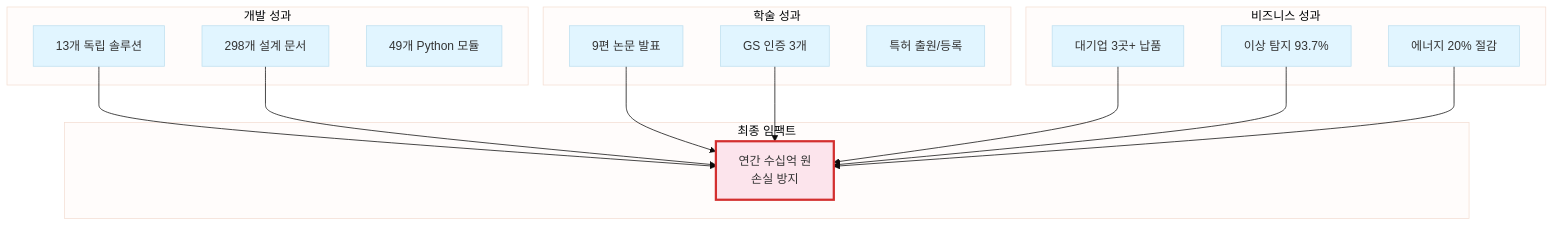
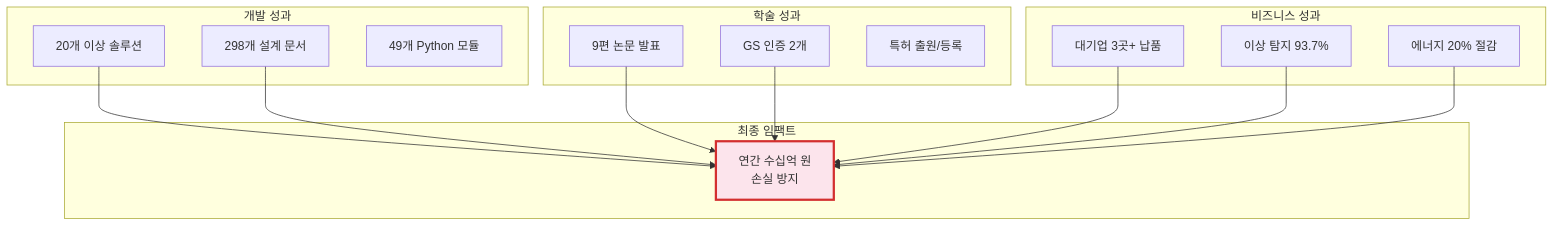
The first of 6 diagrams in portfolio/portfolio_docs/Executive_Summary/01_Key_Achievements.md (moobaek/Testing_AI_agents_for_public_use), drawn with Mermaid before and after one commit. The commit also changed other lines of this file and 16 other files, not shown here.

First line of the commit message:
포트폴리오 문서 업데이트: GS 인증 정보 수정, Mermaid 다이어그램 옵시디언 호환성 개선, 개인 프로필 추가

````diff
--- a/portfolio/portfolio_docs/Executive_Summary/01_Key_Achievements.md
+++ b/portfolio/portfolio_docs/Executive_Summary/01_Key_Achievements.md
@@ -10,35 +14,34 @@
 ```mermaid
-%%{init: {'theme':'base', 'themeVariables': { 'primaryColor':'#e1f5ff'}}}%%
 graph TB
     subgraph "개발 성과"
-        A1["13개 독립 솔루션"]
+        A1["20개 이상 솔루션"]
         A2["298개 설계 문서"]
         A3["49개 Python 모듈"]
     end
-    
+
     subgraph "학술 성과"
         B1["9편 논문 발표"]
-        B2["GS 인증 3개"]
+        B2["GS 인증 2개"]
         B3["특허 출원/등록"]
     end
     
     subgraph "비즈니스 성과"
         C1["대기업 3곳+ 납품"]
         C2["이상 탐지 93.7%"]
         C3["에너지 20% 절감"]
     end
     
     subgraph "최종 임팩트"
         D["연간 수십억 원<br/>손실 방지"]
     end
     
     A1 --> D
     A2 --> D
     B1 --> D
     B2 --> D
     C1 --> D
     C2 --> D
     C3 --> D
     
     style D fill:#fce4ec,stroke:#d32f2f,stroke-width:3px
 ```
````
